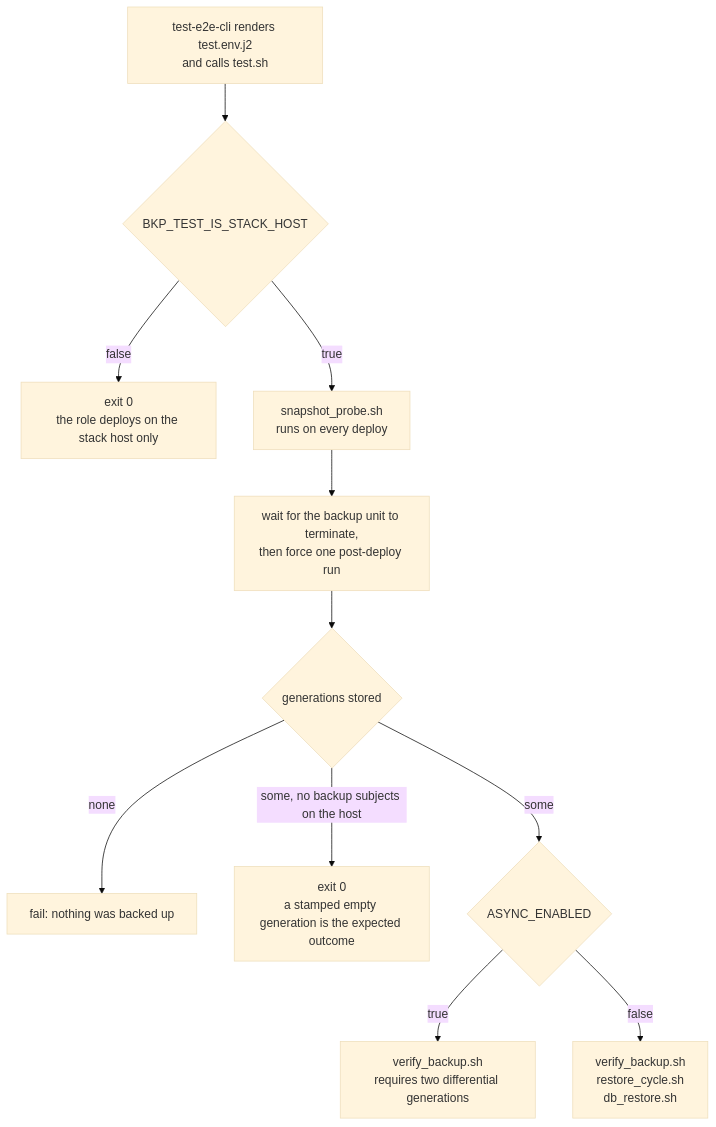
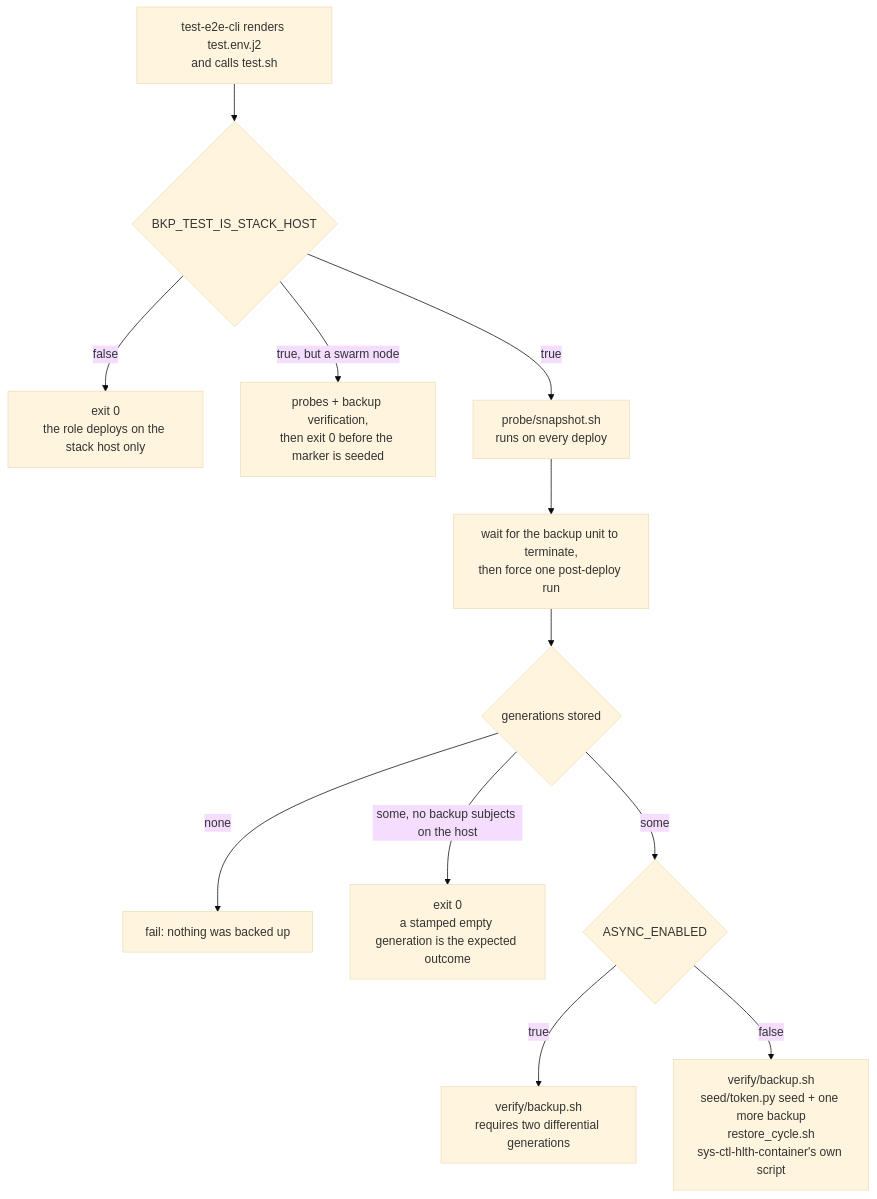
Before and after one commit to AlejandroRomanIbanez/infinito-nexus: the first of 4 diagrams in roles/svc-bkp-volume-2-local/files/test/README.md, drawn with Mermaid (base theme). The commit also changed other lines of this file and 11 other files, not shown here.

````diff
--- a/roles/svc-bkp-volume-2-local/files/test/README.md
+++ b/roles/svc-bkp-volume-2-local/files/test/README.md
@@ -13,13 +13,14 @@
 ```mermaid
 flowchart TD
     ENV["test-e2e-cli renders test.env.j2<br>and calls test.sh"] --> HOST{"BKP_TEST_IS_STACK_HOST"}
     HOST -->|false| SKIP["exit 0<br>the role deploys on the stack host only"]
-    HOST -->|true| PROBE["snapshot_probe.sh<br>runs on every deploy"]
+    HOST -->|"true, but a swarm node"| SWARMSKIP["probes + backup verification,<br>then exit 0 before the marker is seeded"]
+    HOST -->|true| PROBE["probe/snapshot.sh<br>runs on every deploy"]
     PROBE --> WAIT["wait for the backup unit to terminate,<br>then force one post-deploy run"]
     WAIT --> COUNT{"generations stored"}
     COUNT -->|none| FAIL["fail: nothing was backed up"]
     COUNT -->|"some, no backup subjects on the host"| EMPTY["exit 0<br>a stamped empty generation is the expected outcome"]
     COUNT -->|some| PASS{"ASYNC_ENABLED"}
-    PASS -->|true| ASYNC["verify_backup.sh<br>requires two differential generations"]
-    PASS -->|false| SYNC["verify_backup.sh<br>restore_cycle.sh<br>db_restore.sh"]
+    PASS -->|true| ASYNC["verify/backup.sh<br>requires two differential generations"]
+    PASS -->|false| SYNC["verify/backup.sh<br>seed/token.py seed + one more backup<br>restore_cycle.sh<br>sys-ctl-hlth-container's own script"]
 ```
````
